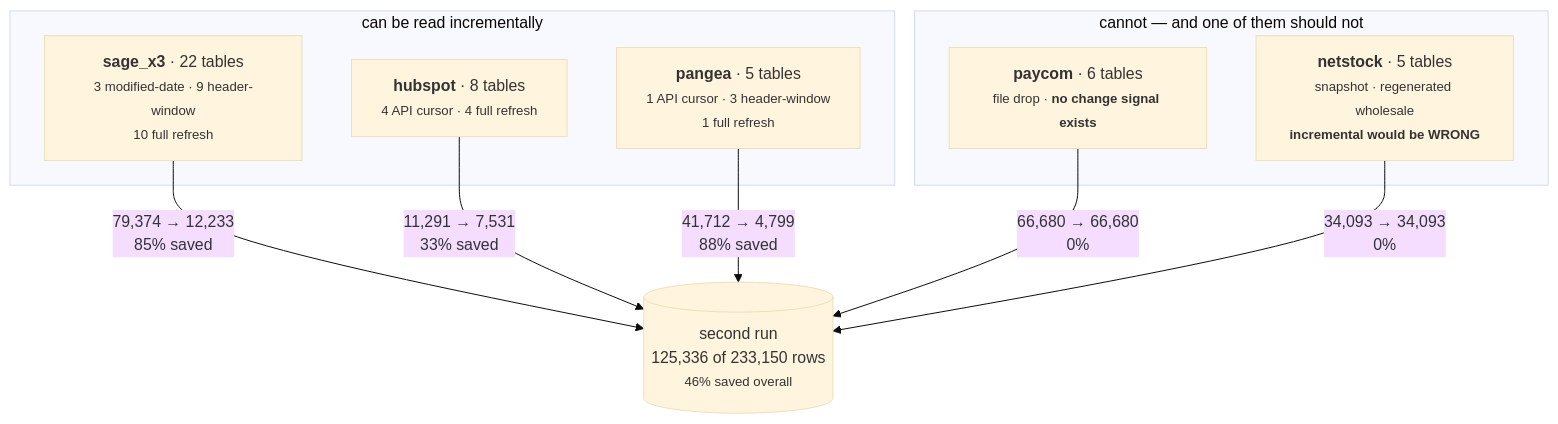
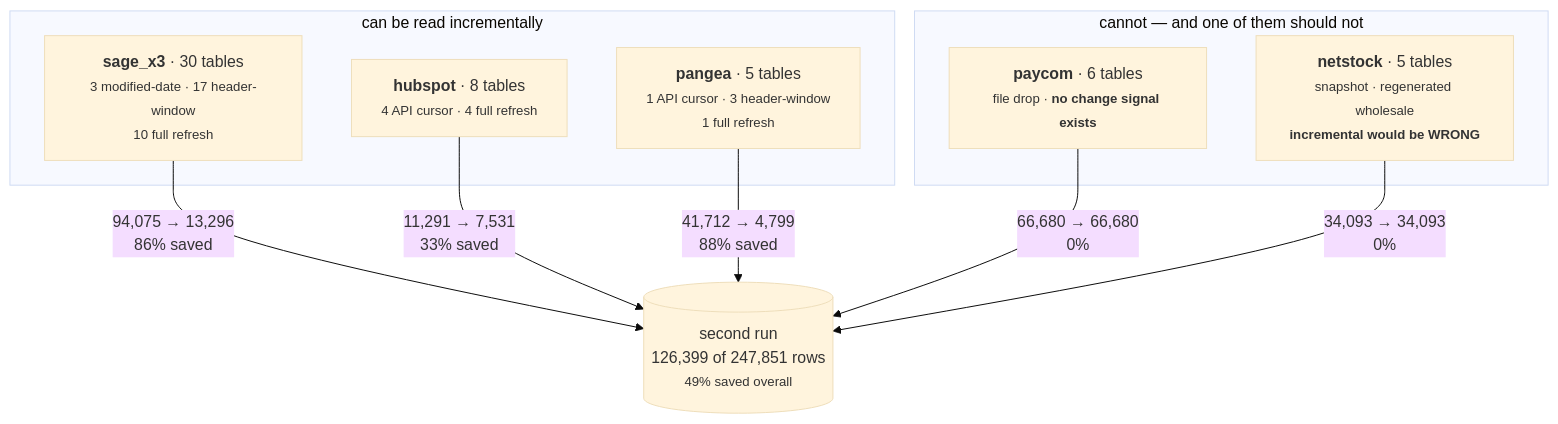
The fourth of 5 diagrams in docs/ingestion.md (patrickmhaney/bgr_control_tower), drawn with Mermaid (base theme) before and after one commit. The commit also changed other lines of this file and 33 other files, not shown here.

````diff
--- a/docs/ingestion.md
+++ b/docs/ingestion.md
@@ -237,18 +235,18 @@
 ```mermaid
 flowchart TB
     subgraph CAN["can be read incrementally"]
-        s1["<b>sage_x3</b> &middot; 22 tables<br/><small>3 modified-date &middot; 9 header-window<br/>10 full refresh</small>"]
+        s1["<b>sage_x3</b> &middot; 30 tables<br/><small>3 modified-date &middot; 17 header-window<br/>10 full refresh</small>"]
         s2["<b>hubspot</b> &middot; 8 tables<br/><small>4 API cursor &middot; 4 full refresh</small>"]
         s3["<b>pangea</b> &middot; 5 tables<br/><small>1 API cursor &middot; 3 header-window<br/>1 full refresh</small>"]
     end
     subgraph CANNOT["cannot &mdash; and one of them should not"]
         s4["<b>paycom</b> &middot; 6 tables<br/><small>file drop &middot; <b>no change signal exists</b></small>"]
         s5["<b>netstock</b> &middot; 5 tables<br/><small>snapshot &middot; regenerated wholesale<br/><b>incremental would be WRONG</b></small>"]
     end
 
-    s1 -->|"79,374 &rarr; 12,233<br/>85% saved"| out[("second run<br/>125,336 of 233,150 rows<br/><small>46% saved overall</small>")]
+    s1 -->|"94,075 &rarr; 13,296<br/>86% saved"| out[("second run<br/>126,399 of 247,851 rows<br/><small>49% saved overall</small>")]
     s2 -->|"11,291 &rarr; 7,531<br/>33% saved"| out
     s3 -->|"41,712 &rarr; 4,799<br/>88% saved"| out
     s4 -->|"66,680 &rarr; 66,680<br/>0%"| out
     s5 -->|"34,093 &rarr; 34,093<br/>0%"| out
 ```
````
